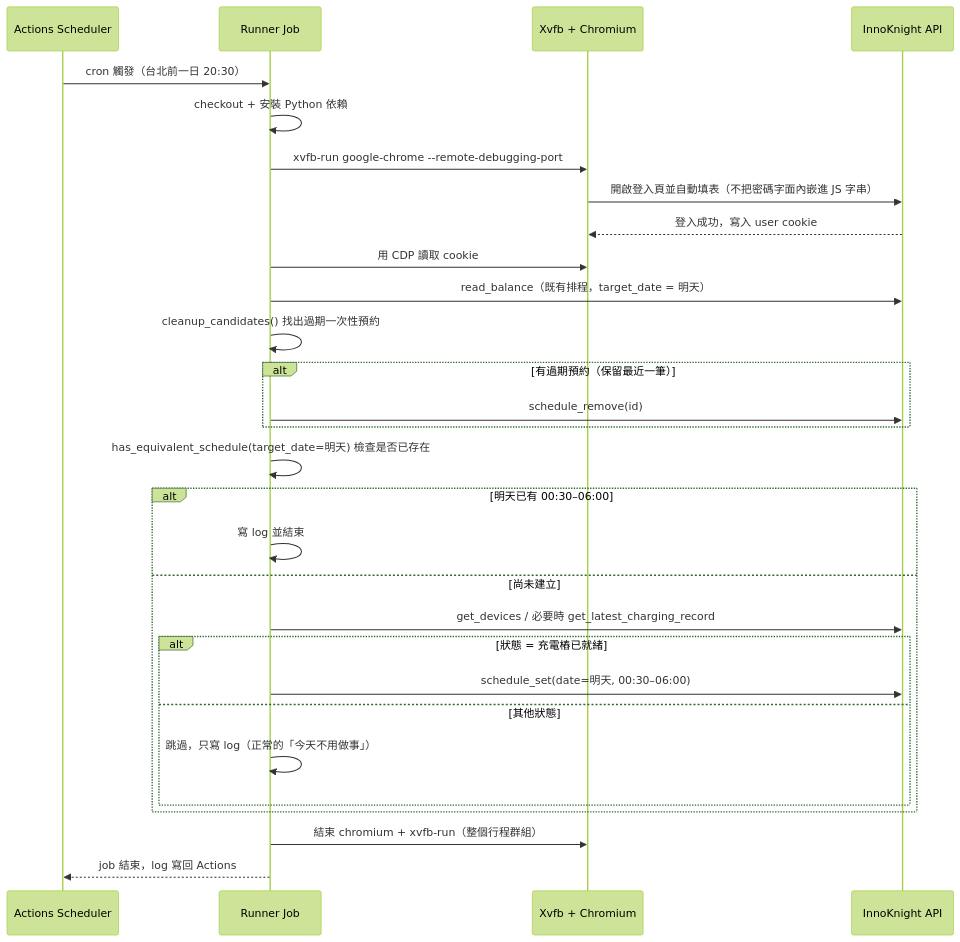
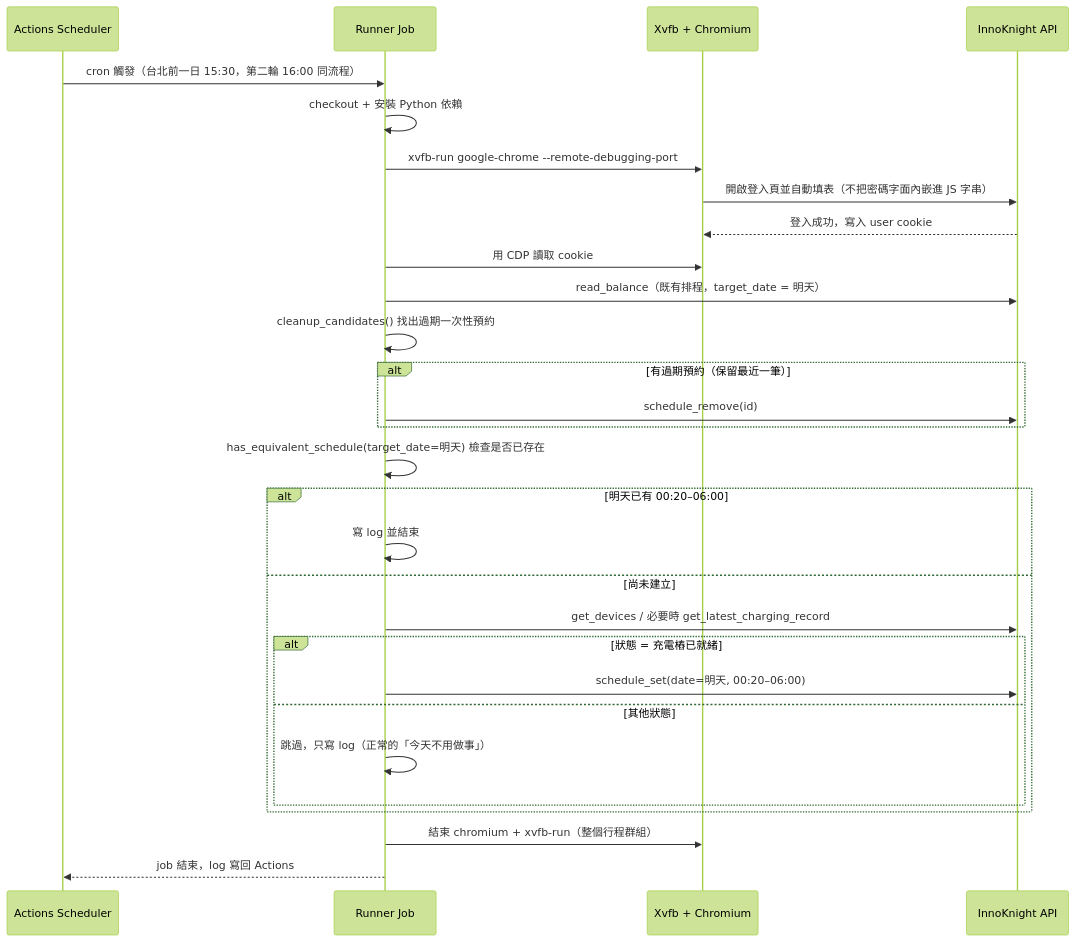
The second of 3 diagrams in docs/design.md (swchen44/innoknight-charging-person), drawn with Mermaid (forest theme) before and after one commit. The commit also changed other lines of this file and 4 other files, not shown here.

````diff
--- a/docs/design.md
+++ b/docs/design.md
@@ -74,32 +78,32 @@
 ```mermaid
 sequenceDiagram
     participant CR as Actions Scheduler
     participant JOB as Runner Job
     participant XC as Xvfb + Chromium
     participant IK as InnoKnight API
 
-    CR->>JOB: cron 觸發（台北前一日 20:30）
+    CR->>JOB: cron 觸發（台北前一日 15:30，第二輪 16:00 同流程）
     JOB->>JOB: checkout + 安裝 Python 依賴
     JOB->>XC: xvfb-run google-chrome --remote-debugging-port
     XC->>IK: 開啟登入頁並自動填表（不把密碼字面內嵌進 JS 字串）
     IK-->>XC: 登入成功，寫入 user cookie
     JOB->>XC: 用 CDP 讀取 cookie
     JOB->>IK: read_balance（既有排程，target_date = 明天）
     JOB->>JOB: cleanup_candidates() 找出過期一次性預約
     alt 有過期預約（保留最近一筆）
         JOB->>IK: schedule_remove(id)
     end
     JOB->>JOB: has_equivalent_schedule(target_date=明天) 檢查是否已存在
-    alt 明天已有 00:30–06:00
+    alt 明天已有 00:20–06:00
         JOB->>JOB: 寫 log 並結束
     else 尚未建立
         JOB->>IK: get_devices / 必要時 get_latest_charging_record
         alt 狀態 = 充電樁已就緒
-            JOB->>IK: schedule_set(date=明天, 00:30–06:00)
+            JOB->>IK: schedule_set(date=明天, 00:20–06:00)
         else 其他狀態
             JOB->>JOB: 跳過，只寫 log（正常的「今天不用做事」）
         end
     end
     JOB->>XC: 結束 chromium + xvfb-run（整個行程群組）
     JOB-->>CR: job 結束，log 寫回 Actions
 ```
````
